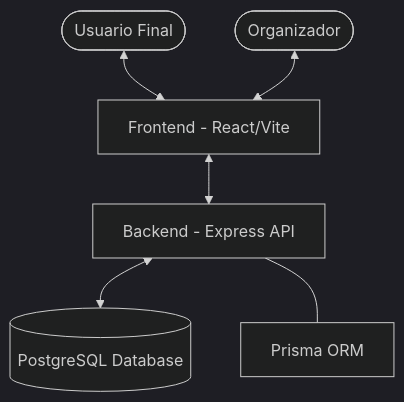
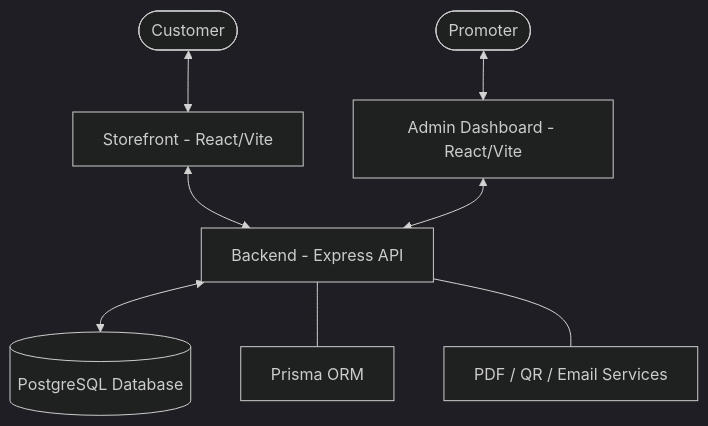
One commit to antosantosb/PartyOn_web changed the diagram in README.md. Above: the diagram before and after it, drawn with Mermaid (dark theme). The commit also changed other lines of this file and 3 other files, not shown here.

````diff
--- a/README.md
+++ b/README.md
@@ -9,8 +11,10 @@
 ```mermaid
 graph TD
-    User([Usuario Final]) <--> Frontend[Frontend - React/Vite]
-    Admin([Organizador]) <--> Frontend
-    Frontend <--> API[Backend - Express API]
+    User([Customer]) <--> Storefront[Storefront - React/Vite]
+    Admin([Promoter]) <--> AdminPanel[Admin Dashboard - React/Vite]
+    Storefront <--> API[Backend - Express API]
+    AdminPanel <--> API
     API <--> DB[(PostgreSQL Database)]
     API --- Prisma[Prisma ORM]
+    API --- Services[PDF / QR / Email Services]
 ```
````
